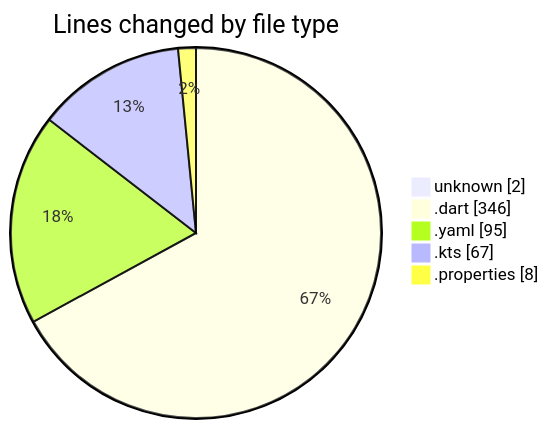
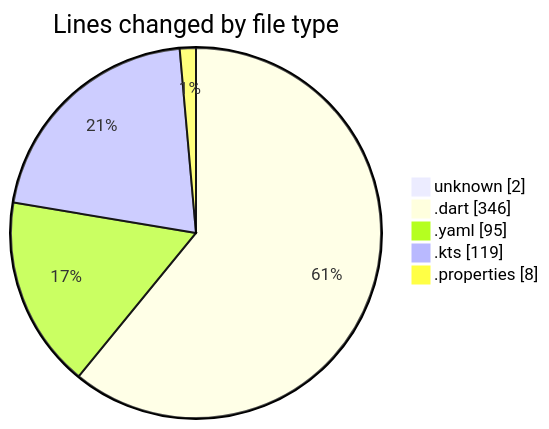
One commit to donsfak/code-tracking changed the first of 2 diagrams in 2025-10-19/weather_insights_app/README.md. Above: the diagram before and after it, drawn with Mermaid. The commit also changed other lines of this file and 1 other file, not shown here.

````diff
--- a/2025-10-19/weather_insights_app/README.md
+++ b/2025-10-19/weather_insights_app/README.md
@@ -28,9 +29,9 @@
 ```mermaid
 pie showData
 title Lines changed by file type
 "unknown" : 2
 ".dart" : 346
 ".yaml" : 95
-".kts" : 67
+".kts" : 119
 ".properties" : 8
 ```
````
